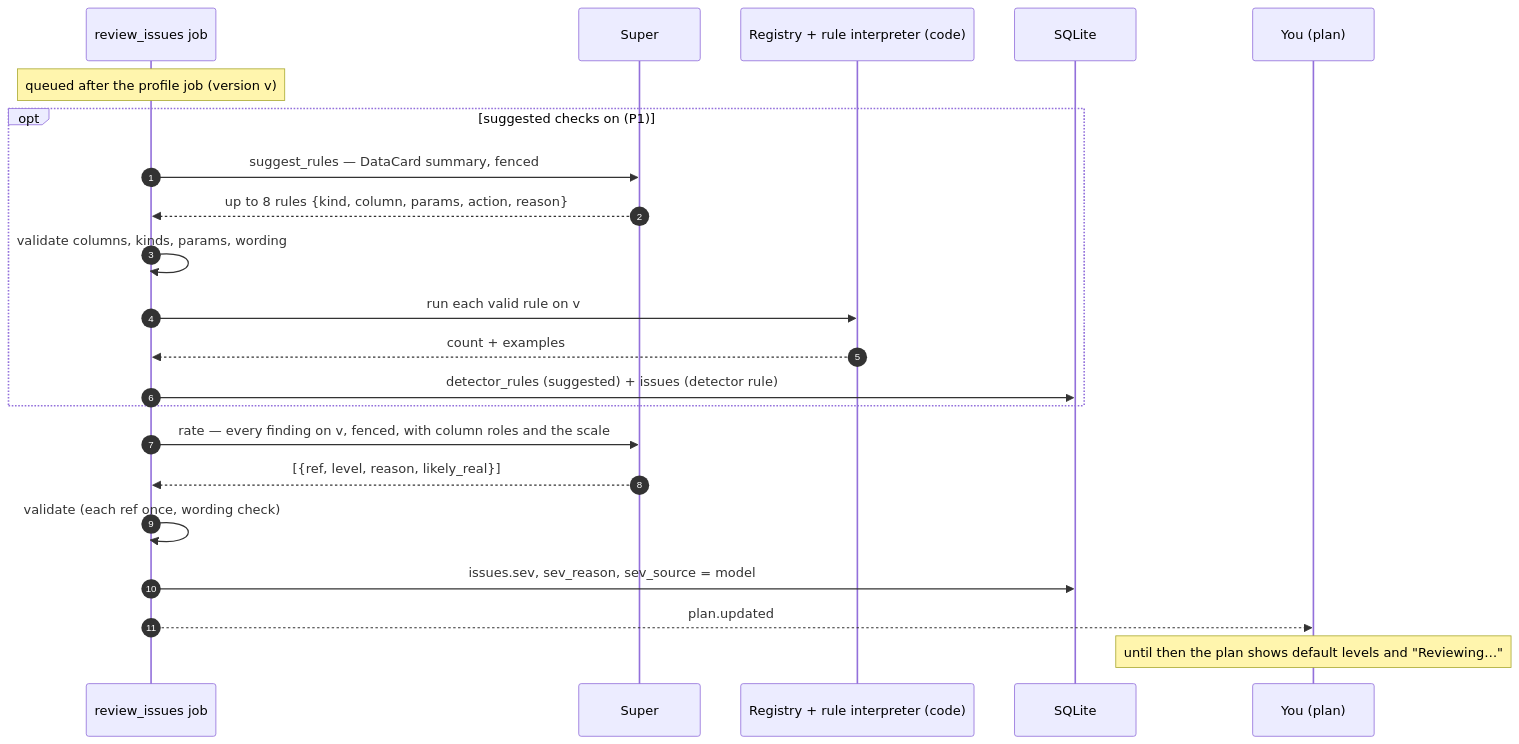
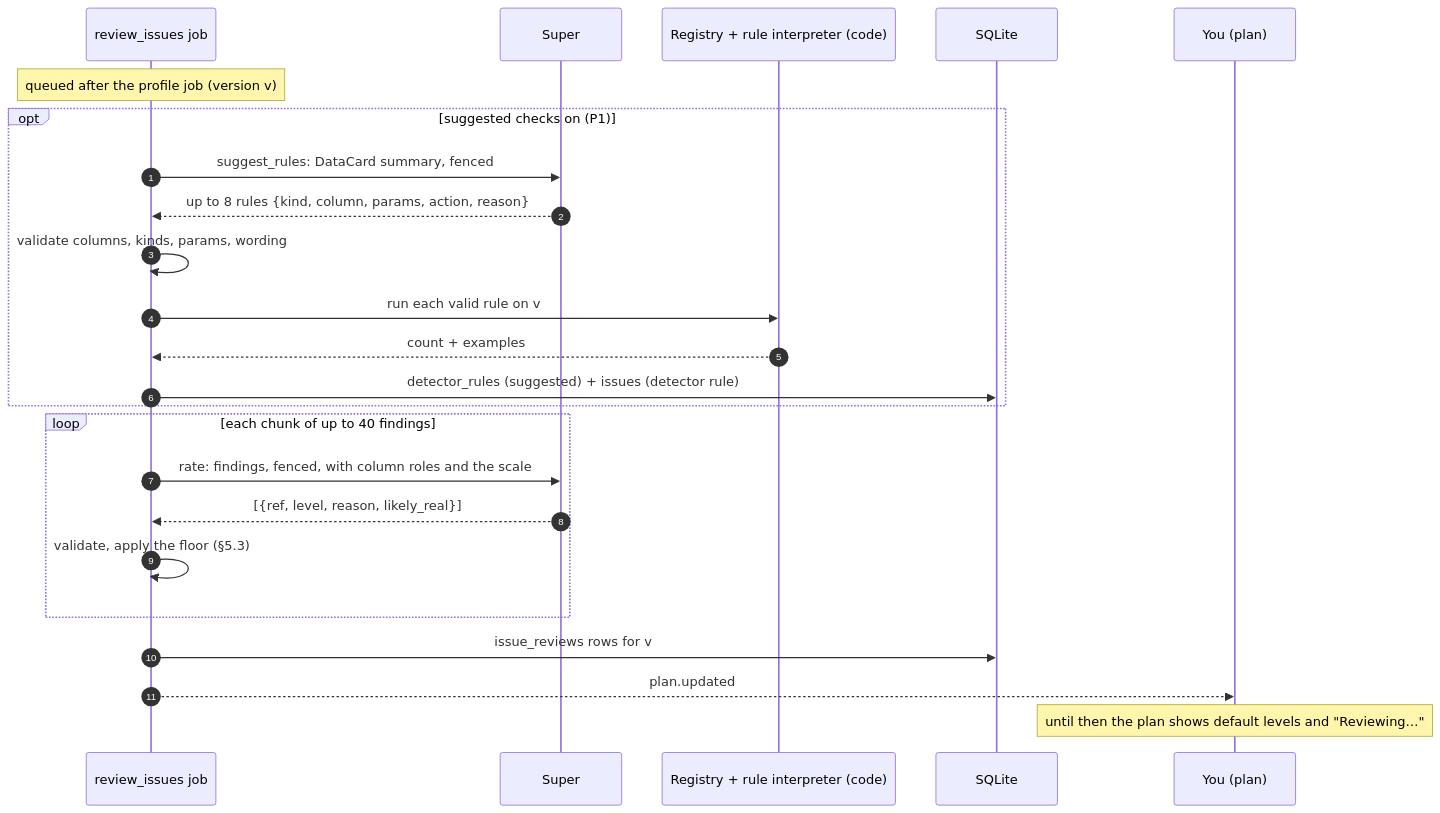
The eighth of 16 diagrams in docs/plans/cleaner-detectors-and-severity.md (n1mk1/sherlock), drawn with Mermaid before and after one commit. The commit also changed other lines of this file, not shown here.

````diff
--- a/docs/plans/cleaner-detectors-and-severity.md
+++ b/docs/plans/cleaner-detectors-and-severity.md
@@ -278,25 +391,27 @@
 ```mermaid
 sequenceDiagram
     autonumber
     participant J as review_issues job
     participant S as Super
     participant C as Registry + rule interpreter (code)
     participant DB as SQLite
     participant U as You (plan)
 
     Note over J: queued after the profile job (version v)
     opt suggested checks on (P1)
-        J->>S: suggest_rules — DataCard summary, fenced
+        J->>S: suggest_rules: DataCard summary, fenced
         S-->>J: up to 8 rules {kind, column, params, action, reason}
         J->>J: validate columns, kinds, params, wording
         J->>C: run each valid rule on v
         C-->>J: count + examples
         J->>DB: detector_rules (suggested) + issues (detector rule)
     end
-    J->>S: rate — every finding on v, fenced, with column roles and the scale
-    S-->>J: [{ref, level, reason, likely_real}]
-    J->>J: validate (each ref once, wording check)
-    J->>DB: issues.sev, sev_reason, sev_source = model
+    loop each chunk of up to 40 findings
+        J->>S: rate: findings, fenced, with column roles and the scale
+        S-->>J: [{ref, level, reason, likely_real}]
+        J->>J: validate, apply the floor (§5.3)
+    end
+    J->>DB: issue_reviews rows for v
     J-->>U: plan.updated
     Note over U: until then the plan shows default levels and "Reviewing…"
 ```
````
